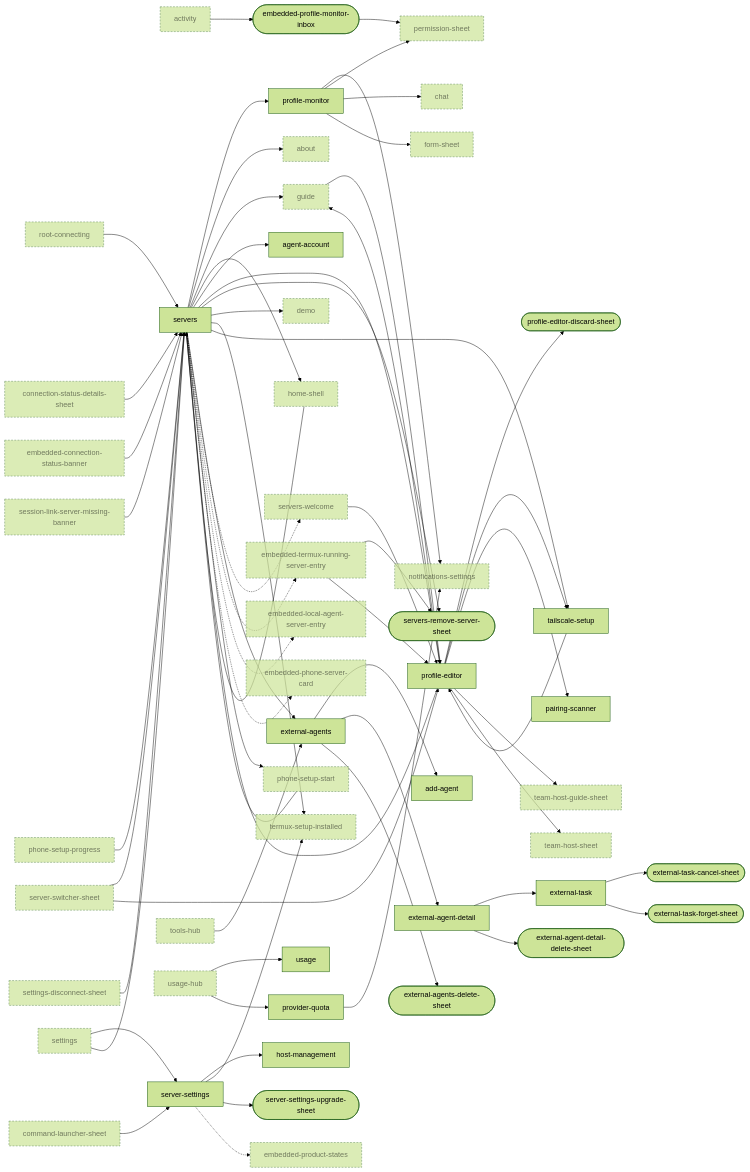
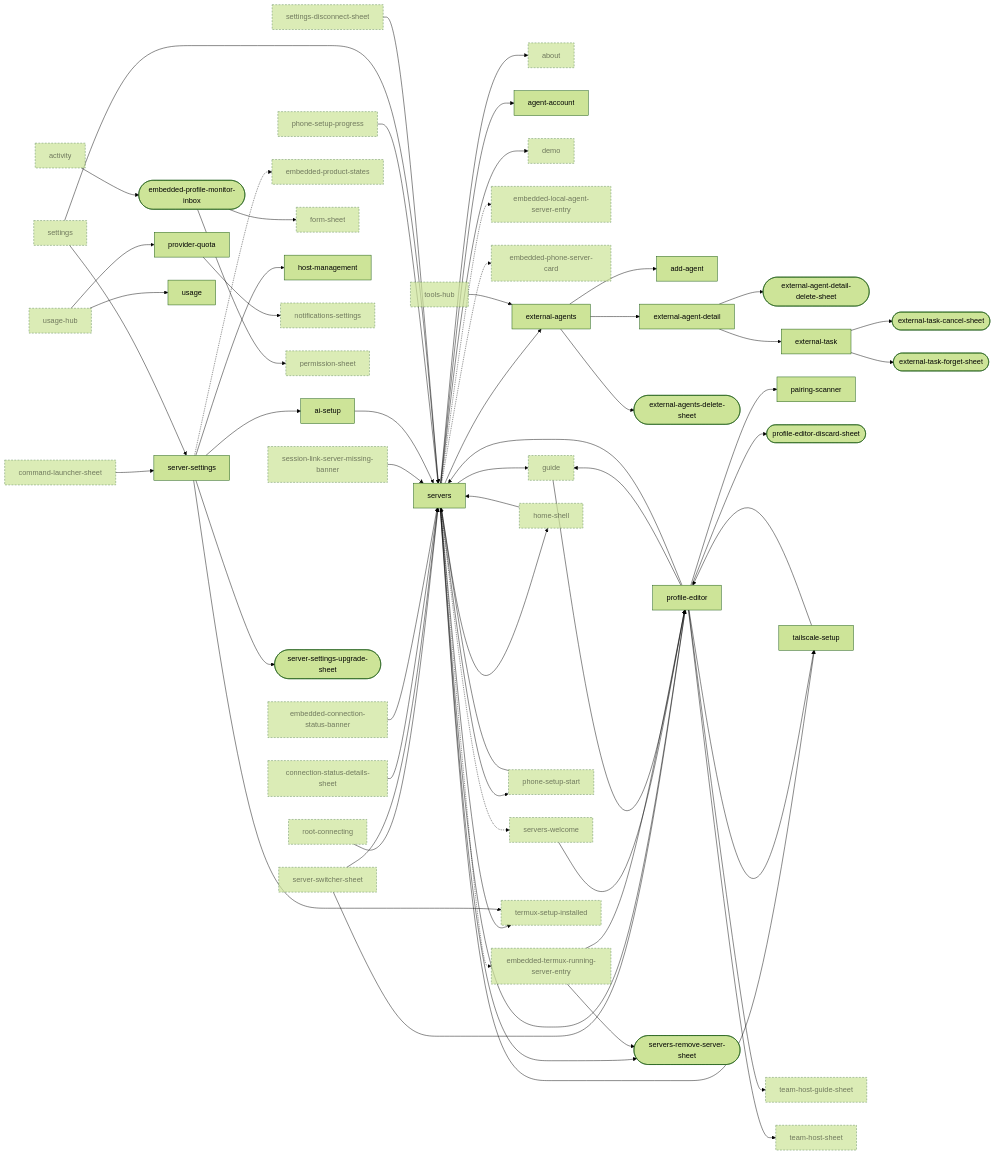
The fifth of 10 diagrams in docs/design/ui-ledger/navigation.md (Breskott/opencode-mobile-next), drawn with Mermaid (forest theme) before and after one commit. The commit also changed other lines of this file and 210 other files, not shown here.

```diff
--- a/docs/design/ui-ledger/navigation.md
+++ b/docs/design/ui-ledger/navigation.md
@@ -674,7 +663,7 @@
   activity["activity"]:::ext
   add_agent["add-agent"]
   agent_account["agent-account"]
-  chat["chat"]:::ext
+  ai_setup["ai-setup"]
   command_launcher_sheet["command-launcher-sheet"]:::ext
   connection_status_details_sheet["connection-status-details-sheet"]:::ext
   demo["demo"]:::ext
@@ -702,7 +691,6 @@
   phone_setup_start["phone-setup-start"]:::ext
   profile_editor["profile-editor"]
   profile_editor_discard_sheet(["profile-editor-discard-sheet"])
-  profile_monitor["profile-monitor"]
   provider_quota["provider-quota"]
   root_connecting["root-connecting"]:::ext
   server_settings["server-settings"]
@@ -729,7 +717,6 @@
   embedded_connection_status_banner --> servers
   session_link_server_missing_banner --> servers
   command_launcher_sheet --> server_settings
-  servers --> profile_monitor
   servers --> about
   servers --> guide
   servers --> home_shell
@@ -751,6 +738,7 @@
   server_settings --> host_management
   server_settings --> termux_setup_installed
   server_settings --> server_settings_upgrade_sheet
+  server_settings --> ai_setup
   external_agents --> add_agent
   external_agents --> external_agent_detail
   external_agents --> external_agents_delete_sheet
@@ -758,11 +746,9 @@
   external_agent_detail --> external_agent_detail_delete_sheet
   external_task --> external_task_cancel_sheet
   external_task --> external_task_forget_sheet
-  profile_monitor --> notifications_settings
-  profile_monitor --> permission_sheet
-  profile_monitor --> chat
   embedded_profile_monitor_inbox --> permission_sheet
   provider_quota --> notifications_settings
+  ai_setup --> servers
   embedded_termux_running_server_entry --> servers_remove_server_sheet
   phone_setup_start --> servers
   phone_setup_progress --> servers
@@ -774,7 +760,7 @@
   usage_hub --> provider_quota
   guide --> profile_editor
   server_settings -.-> embedded_product_states
-  profile_monitor --> form_sheet
+  embedded_profile_monitor_inbox --> form_sheet
   profile_editor --> servers
   servers -.-> servers_welcome
   embedded_termux_running_server_entry --> profile_editor
```
